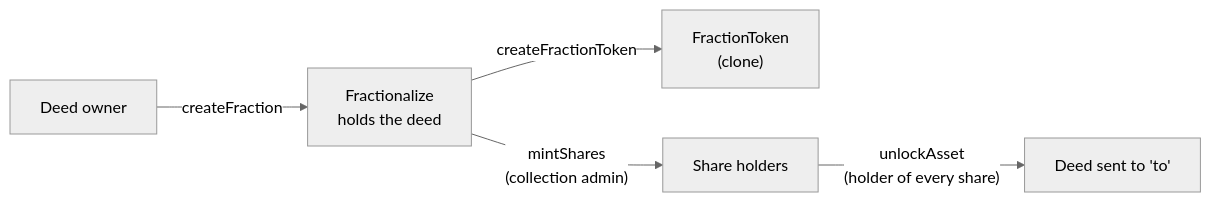
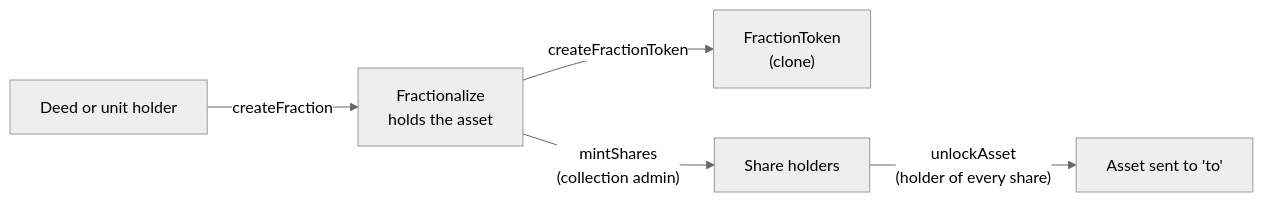
The diagram in docs/protocol/deed-track/fractionalization.md (Deed3Labs/Protocol-Contracts), drawn with Mermaid (neutral theme) before and after one commit. The commit also changed other lines of this file and 51 other files, not shown here.

````diff
--- a/docs/protocol/deed-track/fractionalization.md
+++ b/docs/protocol/deed-track/fractionalization.md
@@ -12,7 +13,7 @@
 ```mermaid
 flowchart LR
-  O["Deed owner"] -->|"createFraction"| F["Fractionalize<br/>holds the deed"]
+  O["Deed or unit holder"] -->|"createFraction"| F["Fractionalize<br/>holds the asset"]
   F -->|"createFractionToken"| T["FractionToken<br/>(clone)"]
   F -->|"mintShares<br/>(collection admin)"| H["Share holders"]
-  H -->|"unlockAsset<br/>(holder of every share)"| R["Deed sent to 'to'"]
+  H -->|"unlockAsset<br/>(holder of every share)"| R["Asset sent to 'to'"]
 ```
````
